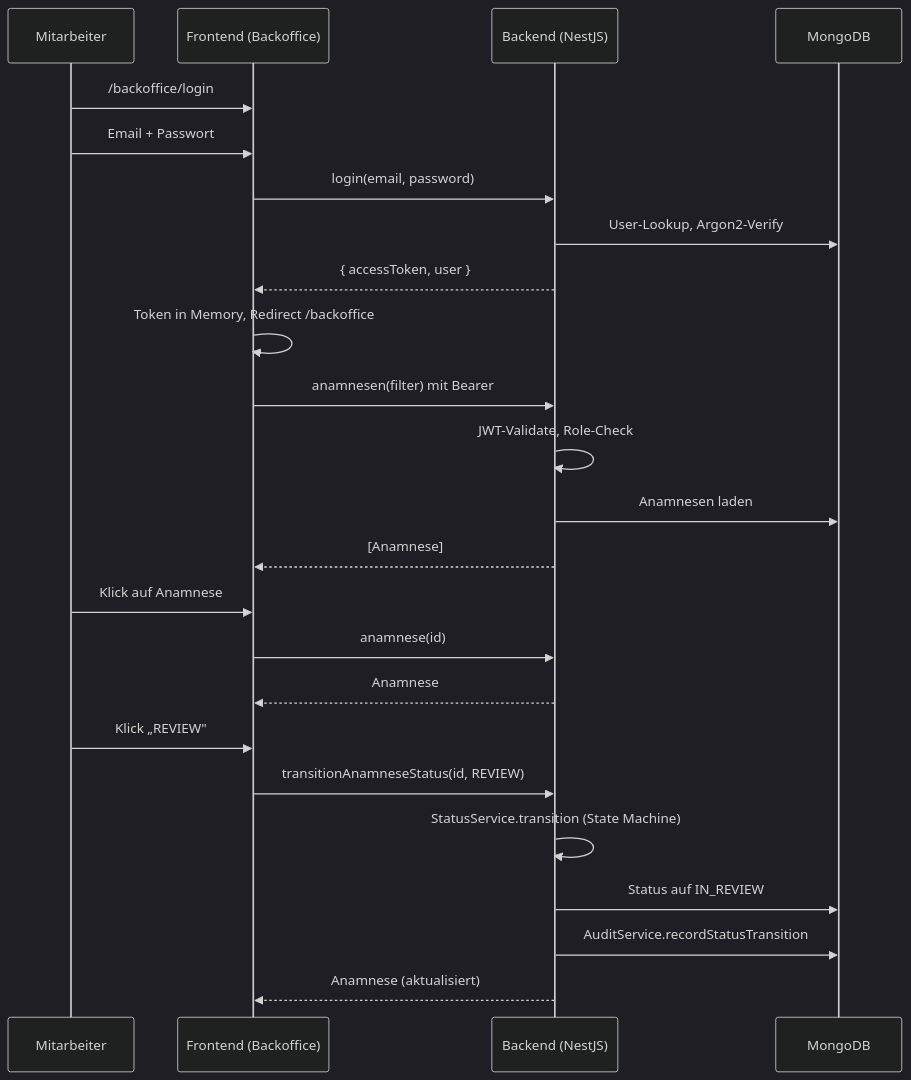
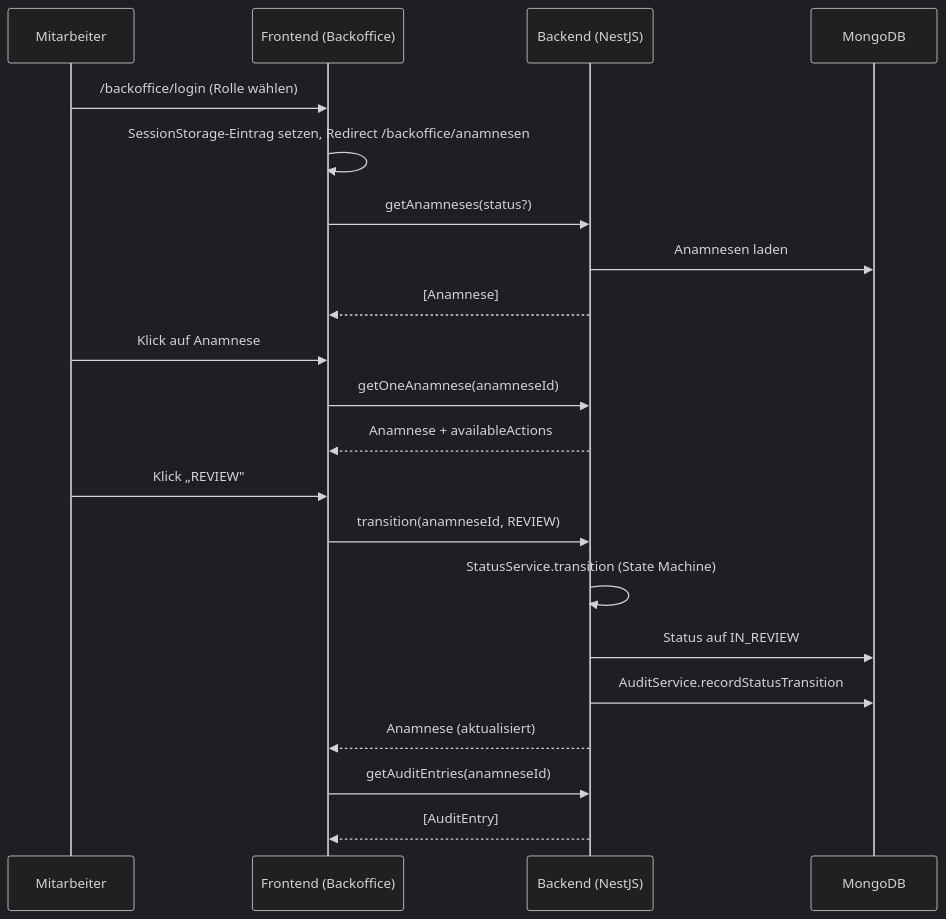
The fourth of 4 diagrams in docs/architektur.md (JulLeuverink/schoen-klinik-coding-challenge), drawn with Mermaid (dark theme) before and after one commit. The commit also changed other lines of this file and 16 other files, not shown here.

````diff
--- a/docs/architektur.md
+++ b/docs/architektur.md
@@ -304,27 +238,24 @@
 ```mermaid
 sequenceDiagram
     participant M as Mitarbeiter
     participant FE as Frontend (Backoffice)
     participant API as Backend (NestJS)
     participant DB as MongoDB
 
-    M->>FE: /backoffice/login
-    M->>FE: Email + Passwort
-    FE->>API: login(email, password)
-    API->>DB: User-Lookup, Argon2-Verify
-    API-->>FE: { accessToken, user }
-    FE->>FE: Token in Memory, Redirect /backoffice
-    FE->>API: anamnesen(filter) mit Bearer
-    API->>API: JWT-Validate, Role-Check
+    M->>FE: /backoffice/login (Rolle wählen)
+    FE->>FE: SessionStorage-Eintrag setzen, Redirect /backoffice/anamnesen
+    FE->>API: getAnamneses(status?)
     API->>DB: Anamnesen laden
     API-->>FE: [Anamnese]
     M->>FE: Klick auf Anamnese
-    FE->>API: anamnese(id)
-    API-->>FE: Anamnese
+    FE->>API: getOneAnamnese(anamneseId)
+    API-->>FE: Anamnese + availableActions
     M->>FE: Klick „REVIEW"
-    FE->>API: transitionAnamneseStatus(id, REVIEW)
+    FE->>API: transition(anamneseId, REVIEW)
     API->>API: StatusService.transition (State Machine)
     API->>DB: Status auf IN_REVIEW
     API->>DB: AuditService.recordStatusTransition
     API-->>FE: Anamnese (aktualisiert)
+    FE->>API: getAuditEntries(anamneseId)
+    API-->>FE: [AuditEntry]
 ```
````
